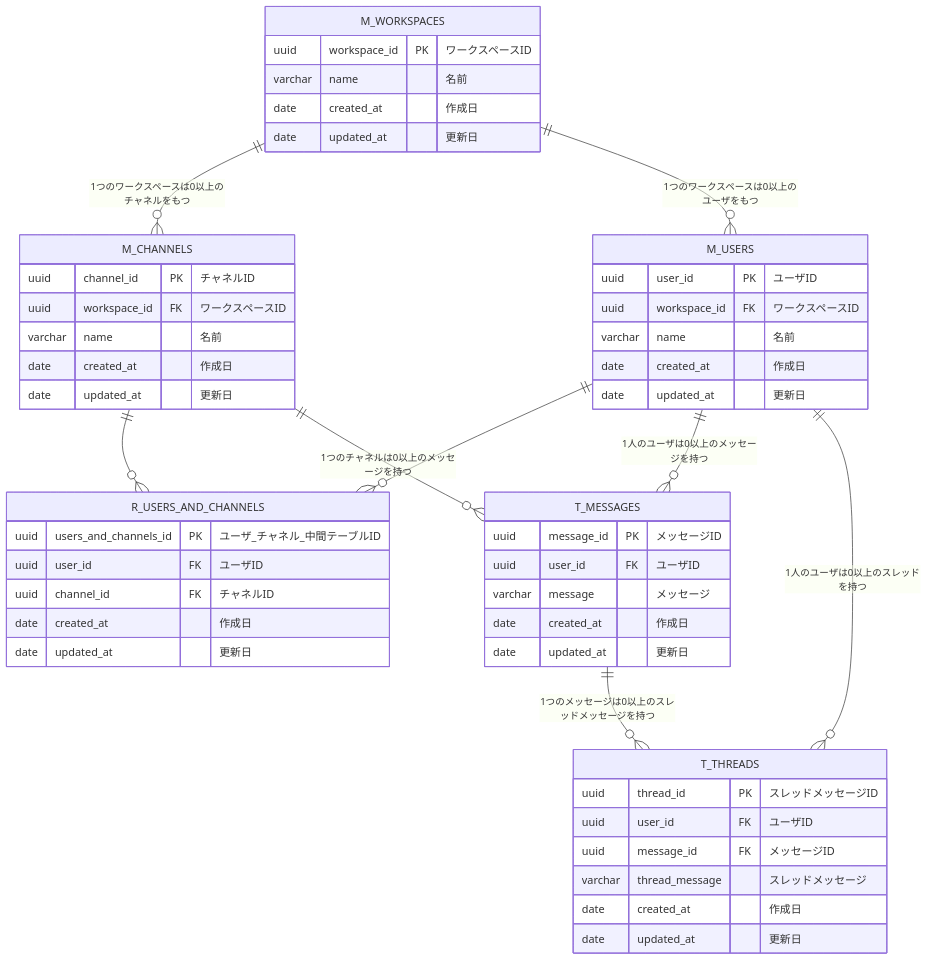
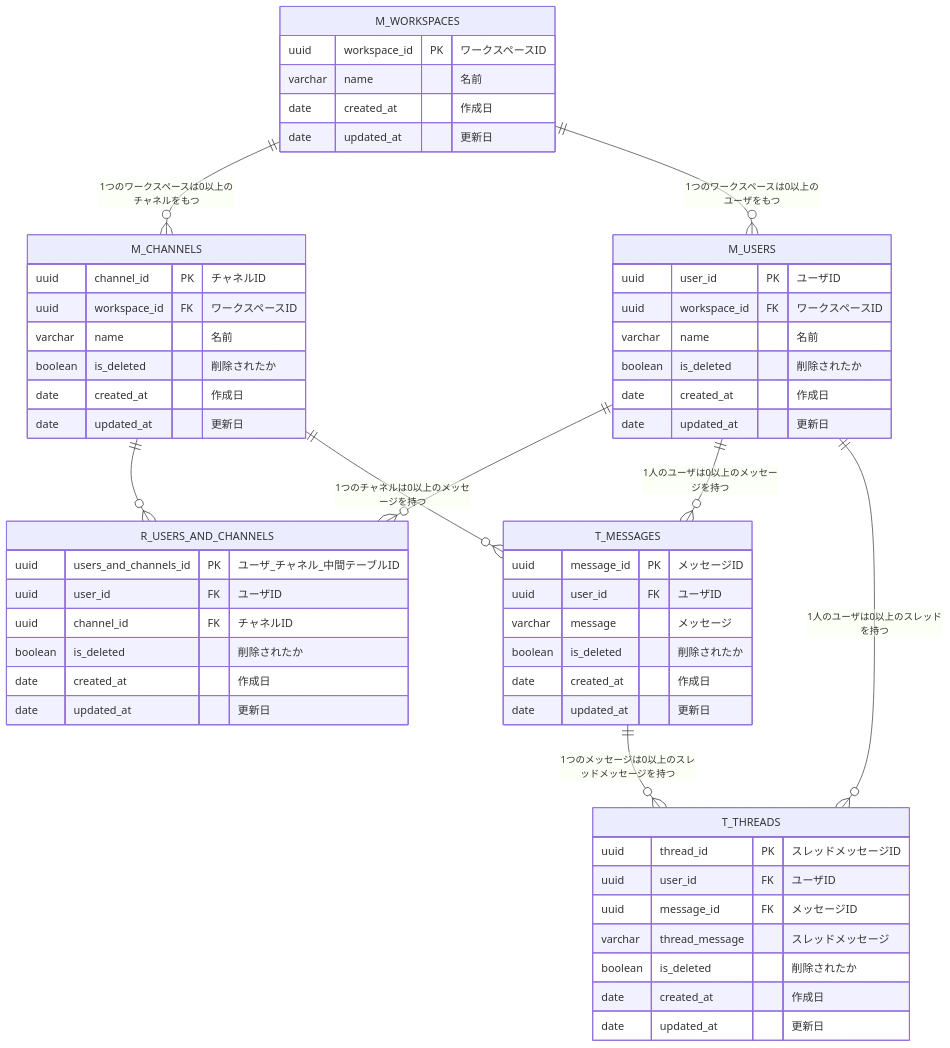
The diagram in F0yWy8HaLlWoST/01_データベース設計/02_DBモデリング2/kadai_01.md (praha-inc/praha-challenge-7), drawn with Mermaid before and after one commit.

Commit message:
fix: not null and deleted flg

````diff
--- a/F0yWy8HaLlWoST/01_データベース設計/02_DBモデリング2/kadai_01.md
+++ b/F0yWy8HaLlWoST/01_データベース設計/02_DBモデリング2/kadai_01.md
@@ -3,60 +3,65 @@
 ```mermaid
 erDiagram
 
   M_WORKSPACES {
     uuid workspace_id PK "ワークスペースID"
-    varchar name "名前"
-    date created_at "作成日"
+    varchar name "<Not null> 名前"
+    date created_at "<Not null> 作成日"
     date updated_at "更新日"
   }
 
   M_USERS {
     uuid user_id PK "ユーザID"
-    uuid workspace_id FK "ワークスペースID"
-    varchar name "名前"
-    date created_at "作成日"
+    uuid workspace_id FK "<Not null> ワークスペースID"
+    varchar name "<Not null> 名前"
+    boolean is_deleted "<Not null> 削除されたか"
+    date created_at "<Not null> 作成日"
     date updated_at "更新日"
   }
 
   M_CHANNELS {
     uuid channel_id PK "チャネルID"
-    uuid workspace_id FK "ワークスペースID"
-    varchar name "名前"
-    date created_at "作成日"
+    uuid workspace_id FK "<Not null> ワークスペースID"
+    varchar name "<Not null> 名前"
+    boolean is_deleted "<Not null> 削除されたか"
+    date created_at "<Not null> 作成日"
     date updated_at "更新日"
   }
 
   R_USERS_AND_CHANNELS {
     uuid users_and_channels_id PK "ユーザ_チャネル_中間テーブルID"
-    uuid user_id FK "ユーザID"
-    uuid channel_id FK "チャネルID"
-    date created_at "作成日"
+    uuid user_id FK "<Not null> ユーザID"
+    uuid channel_id FK "<Not null> チャネルID"
+    boolean is_deleted "<Not null> 削除されたか"
+    date created_at "<Not null> 作成日"
     date updated_at "更新日"
   }
 
   T_MESSAGES {
     uuid message_id PK "メッセージID"
-    uuid user_id FK "ユーザID"
-    varchar message "メッセージ"
-    date created_at "作成日"
+    uuid user_id FK "<Not null> ユーザID"
+    varchar message "<Not null> メッセージ"
+    boolean is_deleted "<Not null> 削除されたか"
+    date created_at "<Not null> 作成日"
     date updated_at "更新日"
   }
 
   T_THREADS {
     uuid thread_id PK "スレッドメッセージID"
-    uuid user_id FK "ユーザID"
-    uuid message_id FK "メッセージID"
-    varchar thread_message "スレッドメッセージ"
-    date created_at "作成日"
+    uuid user_id FK "<Not null> ユーザID"
+    uuid message_id FK "<Not null> メッセージID"
+    varchar thread_message "<Not null> スレッドメッセージ"
+    boolean is_deleted "<Not null> 削除されたか"
+    date created_at "<Not null> 作成日"
     date updated_at "更新日"
   }
 
   M_WORKSPACES ||--o{ M_CHANNELS: "1つのワークスペースは0以上のチャネルをもつ"
   M_WORKSPACES ||--o{ M_USERS: "1つのワークスペースは0以上のユーザをもつ"
   M_USERS ||--o{ R_USERS_AND_CHANNELS: ""
   M_CHANNELS ||--o{ R_USERS_AND_CHANNELS: ""
   M_CHANNELS ||--o{ T_MESSAGES: "1つのチャネルは0以上のメッセージを持つ"
   M_USERS ||--o{ T_MESSAGES: "1人のユーザは0以上のメッセージを持つ"
   T_MESSAGES ||--o{ T_THREADS: "1つのメッセージは0以上のスレッドメッセージを持つ"
   M_USERS ||--o{ T_THREADS: "1人のユーザは0以上のスレッドを持つ"
 ```
````
